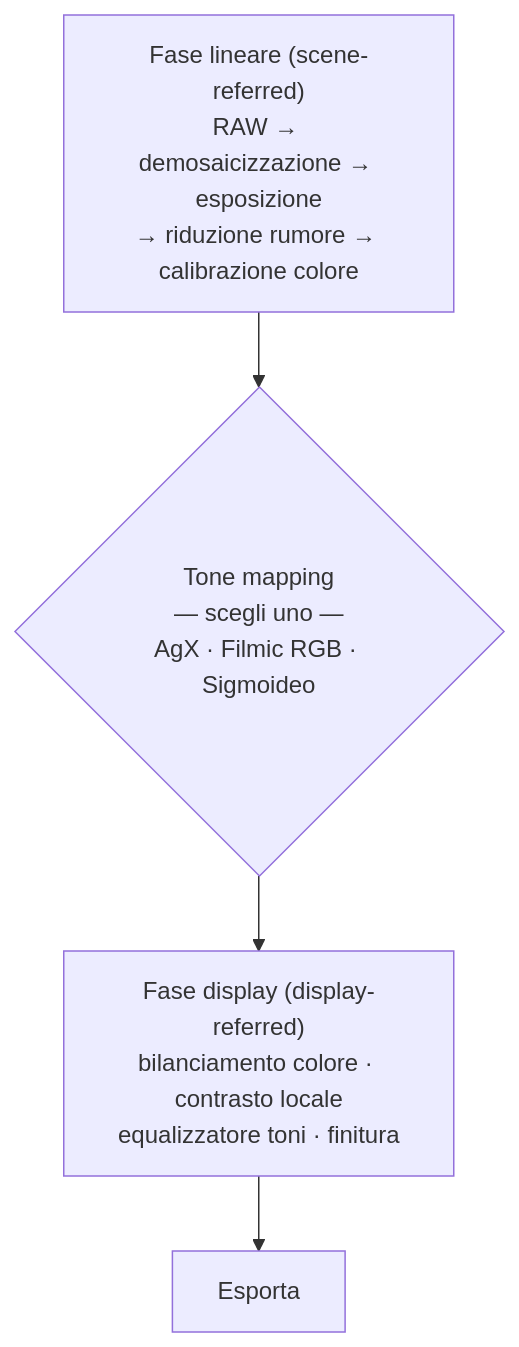
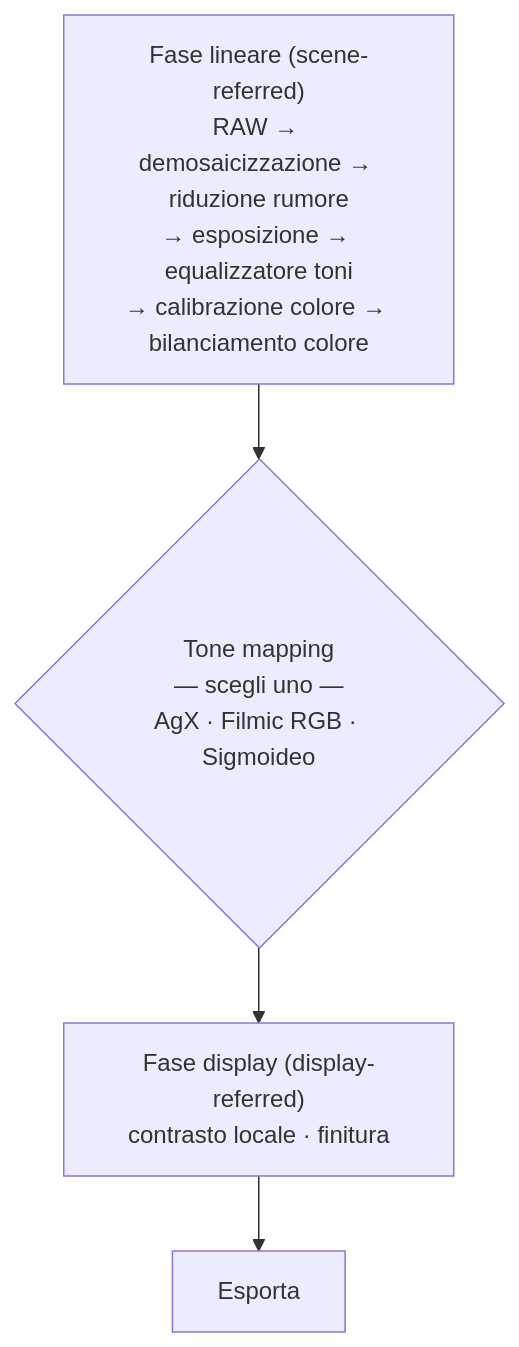
Before and after one commit to lorenzoperone/darktable-docs: the diagram in docs/pipeline/index.md, drawn with Mermaid. The commit also changed 36 other files, not shown here.

````diff
--- a/docs/pipeline/index.md
+++ b/docs/pipeline/index.md
@@ -8,6 +8,6 @@
 ```mermaid
 flowchart TD
-    A["Fase lineare (scene-referred)<br/>RAW → demosaicizzazione → esposizione<br/>→ riduzione rumore → calibrazione colore"] --> B{"Tone mapping<br/>— scegli uno —<br/>AgX · Filmic RGB · Sigmoideo"}
-    B --> C["Fase display (display-referred)<br/>bilanciamento colore · contrasto locale<br/>equalizzatore toni · finitura"]
+    A["Fase lineare (scene-referred)<br/>RAW → demosaicizzazione → riduzione rumore<br/>→ esposizione → equalizzatore toni<br/>→ calibrazione colore → bilanciamento colore"] --> B{"Tone mapping<br/>— scegli uno —<br/>AgX · Filmic RGB · Sigmoideo"}
+    B --> C["Fase display (display-referred)<br/>contrasto locale · finitura"]
     C --> D["Esporta"]
 ```
````
